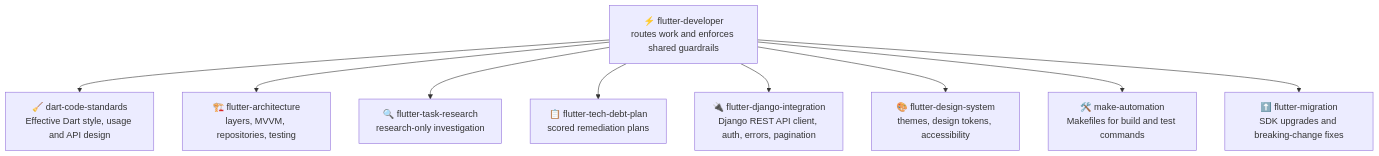
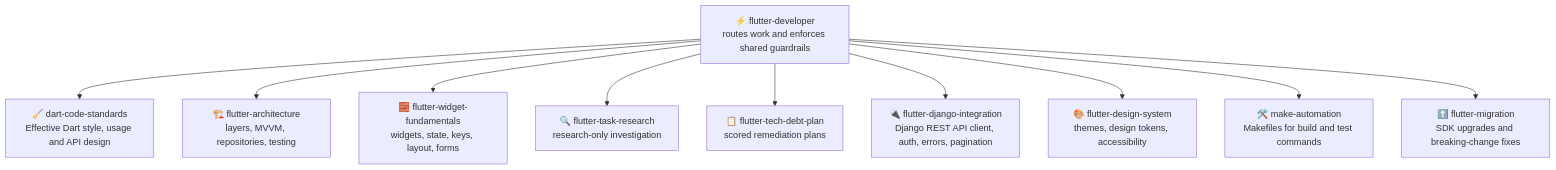
One commit to KinwiseNZ-DevOps/flutter-developer changed the diagram in README.md. Above: the diagram before and after it, drawn with Mermaid. The commit also changed other lines of this file and 14 other files, not shown here.

First line of the commit message:
Add flutter-widget-fundamentals skill

````diff
--- a/README.md
+++ b/README.md
@@ -71,12 +72,13 @@
 ```mermaid
 flowchart TD
     R["⚡ flutter-developer<br/>routes work and enforces shared guardrails"]
     R --> A["🧹 dart-code-standards<br/>Effective Dart style, usage and API design"]
     R --> B["🏗️ flutter-architecture<br/>layers, MVVM, repositories, testing"]
+    R --> W["🧱 flutter-widget-fundamentals<br/>widgets, state, keys, layout, forms"]
     R --> C["🔍 flutter-task-research<br/>research-only investigation"]
     R --> D["📋 flutter-tech-debt-plan<br/>scored remediation plans"]
     R --> F["🔌 flutter-django-integration<br/>Django REST API client, auth, errors, pagination"]
     R --> G["🎨 flutter-design-system<br/>themes, design tokens, accessibility"]
     R --> E["🛠️ make-automation<br/>Makefiles for build and test commands"]
     R --> H["⬆️ flutter-migration<br/>SDK upgrades and breaking-change fixes"]
 ```
````
